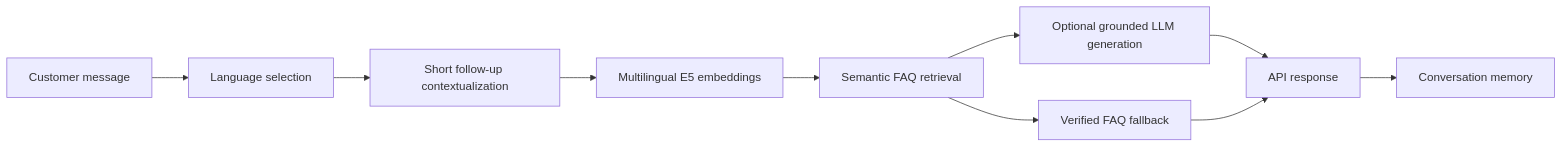
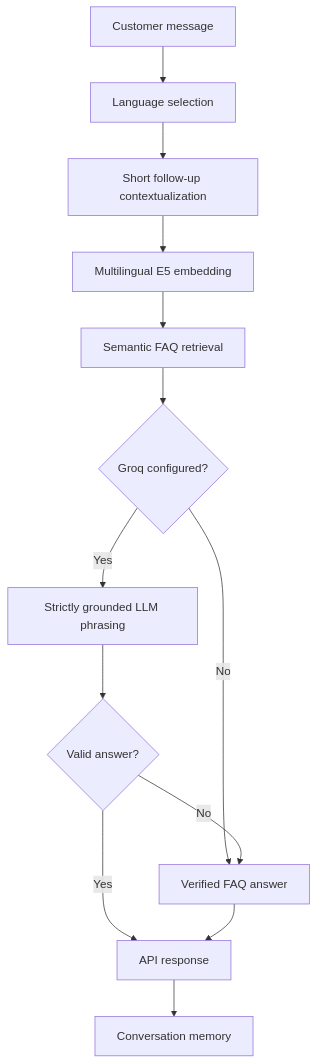
One commit to ahmadijaz1303/Multilingual-RAG-Chatbot changed the diagram in README.md. Above: the diagram before and after it, drawn with Mermaid. The commit also changed other lines of this file, not shown here.

````diff
--- a/README.md
+++ b/README.md
@@ -9,12 +19,15 @@
 ```mermaid
-flowchart LR
-    U[Customer message] --> L[Language selection]
-    L --> C[Short follow-up contextualization]
-    C --> E[Multilingual E5 embeddings]
-    E --> R[Semantic FAQ retrieval]
-    R --> G[Optional grounded LLM generation]
-    R --> F[Verified FAQ fallback]
-    G --> A[API response]
-    F --> A
-    A --> M[Conversation memory]
+flowchart TD
+    A[Customer message] --> B[Language selection]
+    B --> C[Short follow-up contextualization]
+    C --> D[Multilingual E5 embedding]
+    D --> E[Semantic FAQ retrieval]
+    E --> F{Groq configured?}
+    F -- No --> G[Verified FAQ answer]
+    F -- Yes --> H[Strictly grounded LLM phrasing]
+    H --> I{Valid answer?}
+    I -- Yes --> J[API response]
+    I -- No --> G
+    G --> J
+    J --> K[Conversation memory]
 ```
````
